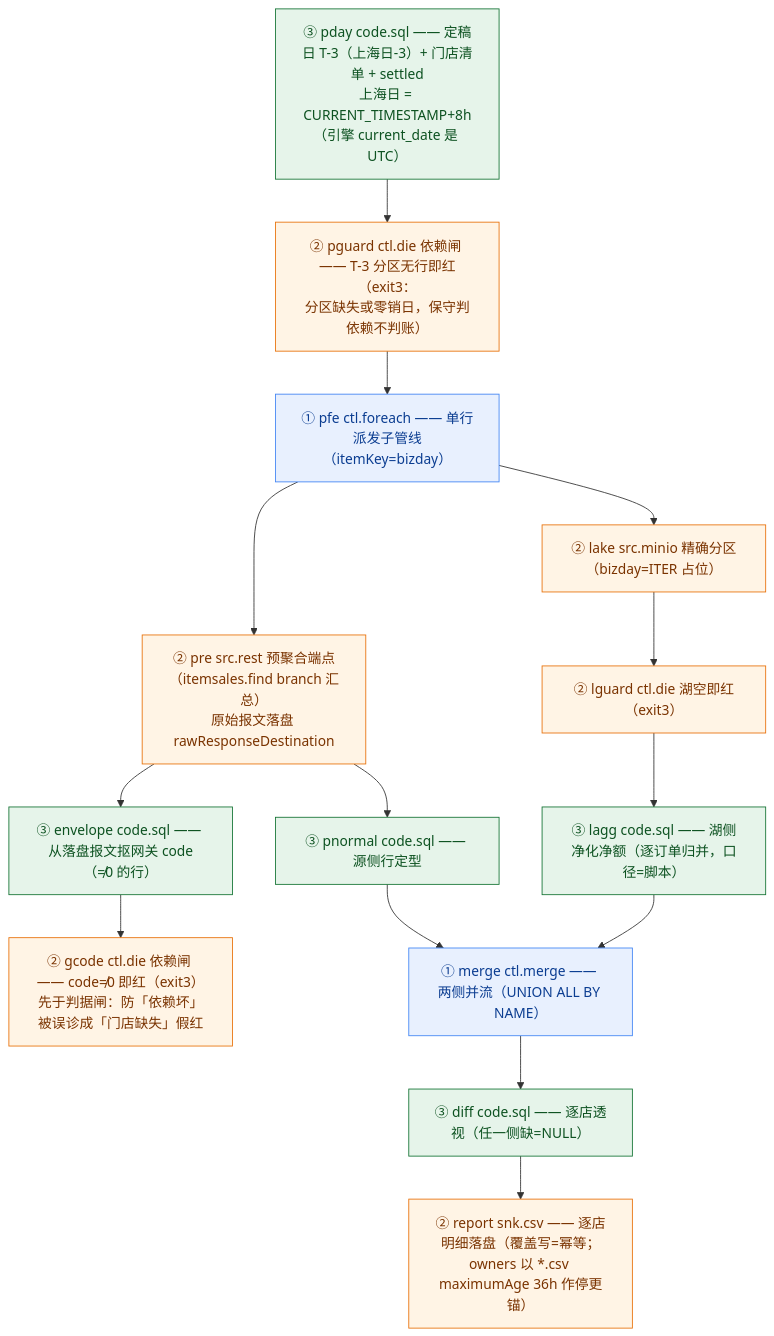
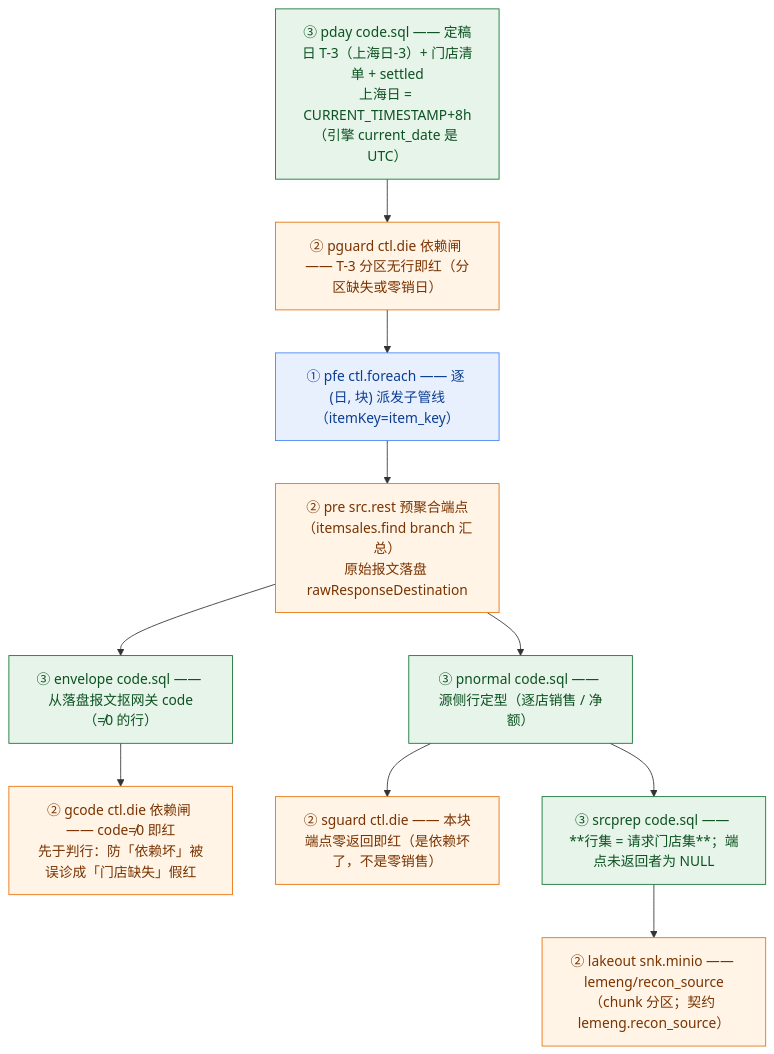
The third of 3 diagrams in deploy/duckle/console/pipelines/FLOW.lemeng.md (MYTech-Co-LTD/platform-core), drawn with Mermaid before and after one commit. The commit also changed other lines of this file and 13 other files, not shown here.

````diff
--- a/deploy/duckle/console/pipelines/FLOW.lemeng.md
+++ b/deploy/duckle/console/pipelines/FLOW.lemeng.md
@@ -162,20 +162,16 @@
 ```mermaid
 flowchart TD
   PD["③ pday code.sql —— 定稿日 T-3（上海日-3）+ 门店清单 + settled<br/>上海日 = CURRENT_TIMESTAMP+8h（引擎 current_date 是 UTC）"]:::e3
-  PD --> PG["② pguard ctl.die 依赖闸 —— T-3 分区无行即红（exit3：<br/>分区缺失或零销日，保守判依赖不判账）"]:::e2
-  PG --> FE["① pfe ctl.foreach —— 单行派发子管线（itemKey=bizday）"]:::e1
-  FE --> LK["② lake src.minio 精确分区（bizday=ITER 占位）"]:::e2
-  LK --> LG["② lguard ctl.die 湖空即红（exit3）"]:::e2
-  LG --> LA["③ lagg code.sql —— 湖侧净化净额（逐订单归并，口径=脚本）"]:::e3
+  PD --> PG["② pguard ctl.die 依赖闸 —— T-3 分区无行即红（分区缺失或零销日）"]:::e2
+  PG --> FE["① pfe ctl.foreach —— 逐 (日, 块) 派发子管线（itemKey=item_key）"]:::e1
   FE --> PR["② pre src.rest 预聚合端点（itemsales.find branch 汇总）<br/>原始报文落盘 rawResponseDestination"]:::e2
   PR --> EN["③ envelope code.sql —— 从落盘报文抠网关 code（≠0 的行）"]:::e3
-  EN --> GC["② gcode ctl.die 依赖闸 —— code≠0 即红（exit3）<br/>先于判据闸：防「依赖坏」被误诊成「门店缺失」假红"]:::e2
-  PR --> PN["③ pnormal code.sql —— 源侧行定型"]:::e3
-  LA --> MG["① merge ctl.merge —— 两侧并流（UNION ALL BY NAME）"]:::e1
-  PN --> MG
-  MG --> DF["③ diff code.sql —— 逐店透视（任一侧缺=NULL）"]:::e3
-  DF --> RP["② report snk.csv —— 逐店明细落盘（覆盖写=幂等；<br/>owners 以 *.csv maximumAge 36h 作停更锚）"]:::e2
+  EN --> GC["② gcode ctl.die 依赖闸 —— code≠0 即红<br/>先于判行：防「依赖坏」被误诊成「门店缺失」假红"]:::e2
+  PR --> PN["③ pnormal code.sql —— 源侧行定型（逐店销售 / 净额）"]:::e3
+  PN --> SG["② sguard ctl.die —— 本块端点零返回即红（是依赖坏了，不是零销售）"]:::e2
+  PN --> SP["③ srcprep code.sql —— **行集 = 请求门店集**；端点未返回者为 NULL"]:::e3
+  SP --> LO["② lakeout snk.minio —— lemeng/recon_source（chunk 分区；契约 lemeng.recon_source）"]:::e2
   classDef e1 fill:#e8f0fe,stroke:#4285f4,color:#0b3d91
   classDef e2 fill:#fff4e5,stroke:#e8710a,color:#7a3300
   classDef e3 fill:#e6f4ea,stroke:#137333,color:#0d5221
 ```
````
